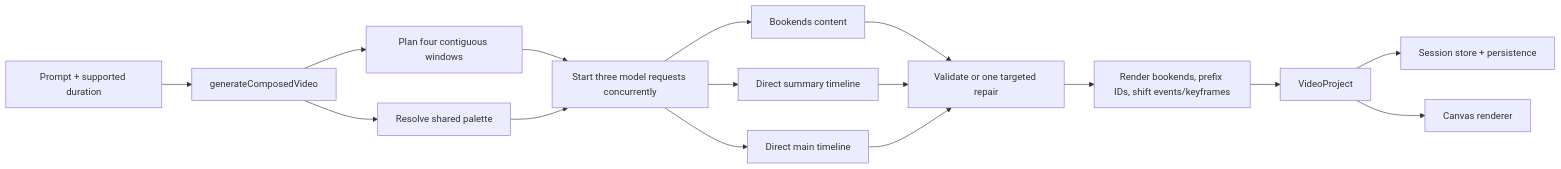
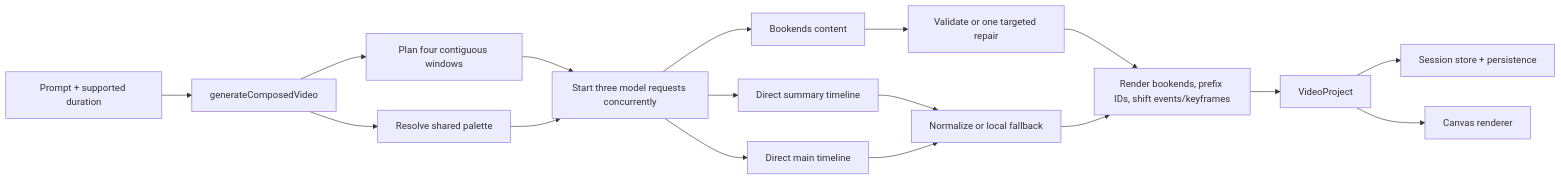
The diagram in docs/architecture.md (kirank55/videogpt), drawn with Mermaid before and after one commit. The commit also changed other lines of this file and 13 other files, not shown here.

````diff
--- a/docs/architecture.md
+++ b/docs/architecture.md
@@ -5,18 +5,19 @@
 ```mermaid
 flowchart LR
     Request["Prompt + supported duration"] --> Composer["generateComposedVideo"]
     Composer --> Windows["Plan four contiguous windows"]
     Composer --> Palette["Resolve shared palette"]
     Windows --> Calls["Start three model requests concurrently"]
     Palette --> Calls
     Calls --> Bookends["Bookends content"]
     Calls --> Summary["Direct summary timeline"]
     Calls --> Main["Direct main timeline"]
-    Bookends --> Validate["Validate or one targeted repair"]
-    Summary --> Validate
-    Main --> Validate
-    Validate --> Compose["Render bookends, prefix IDs, shift events/keyframes"]
+    Bookends --> Repair["Validate or one targeted repair"]
+    Summary --> Normalize["Normalize or local fallback"]
+    Main --> Normalize
+    Repair --> Compose["Render bookends, prefix IDs, shift events/keyframes"]
+    Normalize --> Compose
     Compose --> Project["VideoProject"]
     Project --> Store["Session store + persistence"]
     Project --> Canvas["Canvas renderer"]
 ```
````
